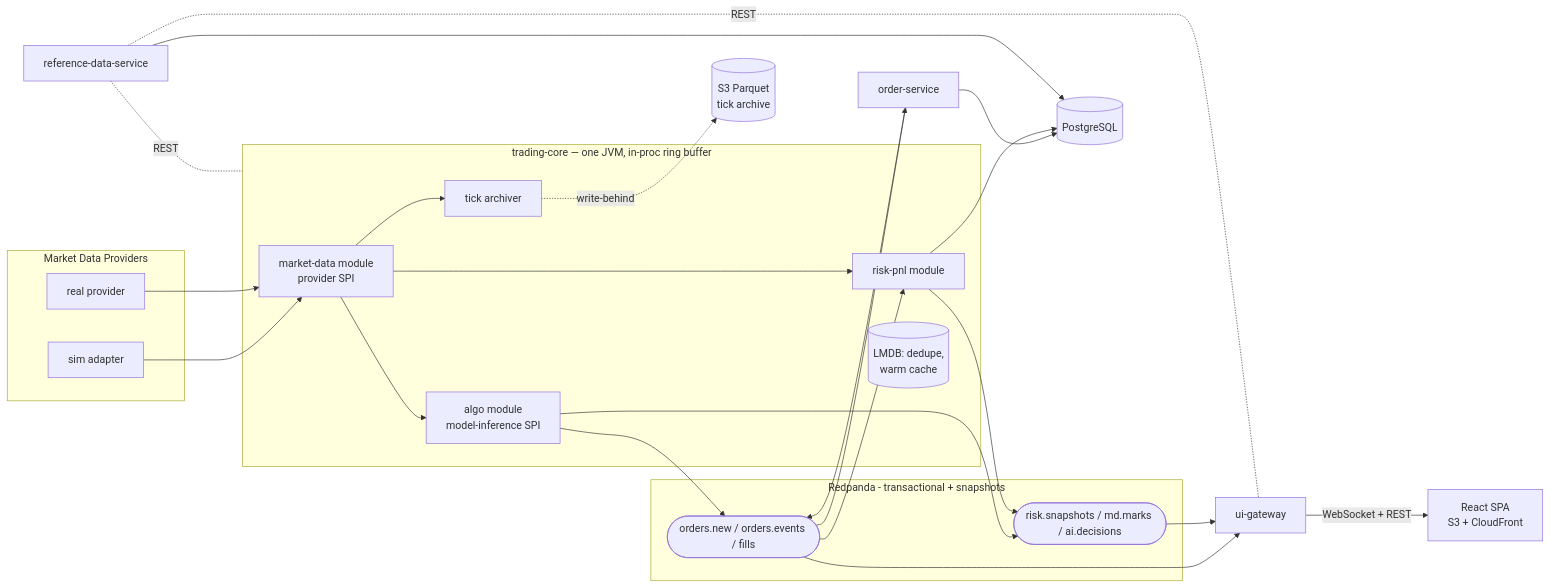
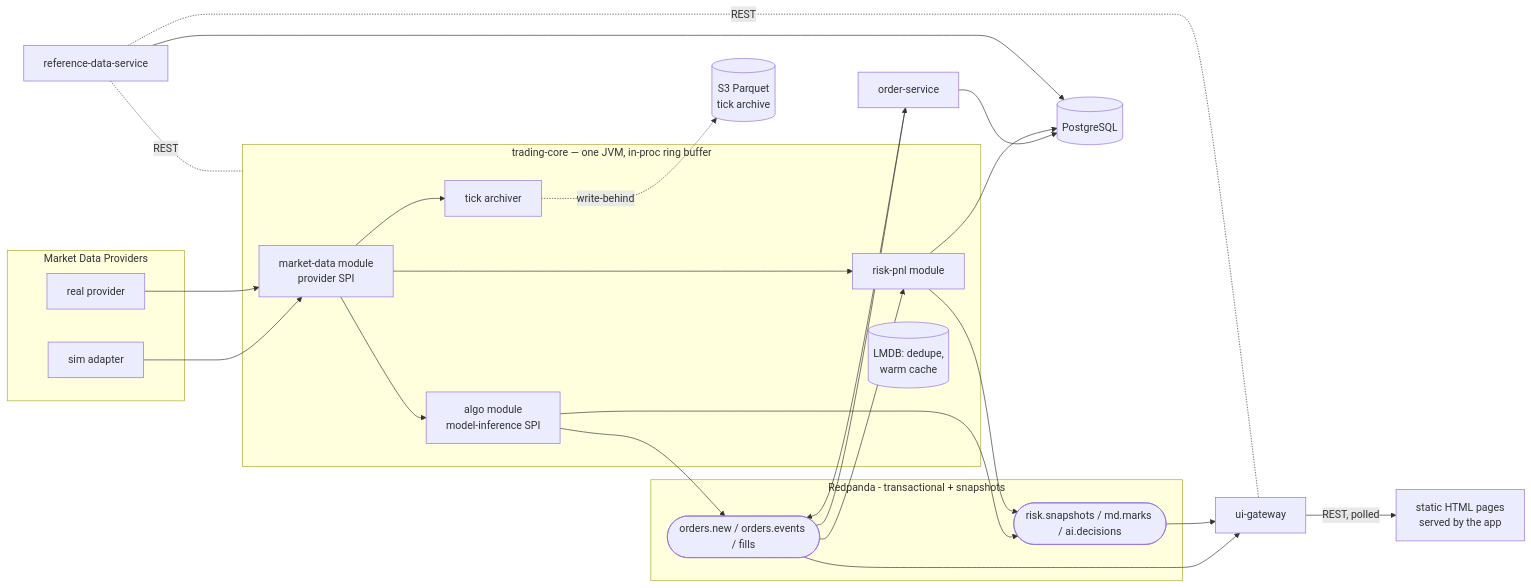
Before and after one commit to teoleg/jethro: the diagram in docs/architecture/overview.md, drawn with Mermaid. The commit also changed other lines of this file and 4 other files, not shown here.

First line of the commit message:
ADR-0028: UI stays static pages, React deferred (supersedes ADR-0006)

````diff
--- a/docs/architecture/overview.md
+++ b/docs/architecture/overview.md
@@ -22,49 +22,49 @@
 ```mermaid
 flowchart LR
     subgraph ext[Market Data Providers]
         P1[sim adapter]
         P2[real provider]
     end
 
     subgraph core[trading-core — one JVM, in-proc ring buffer]
         MDG[market-data module<br/>provider SPI]
         ALGO[algo module<br/>model-inference SPI]
         RISK[risk-pnl module]
         ARCH[tick archiver]
         LMDB[(LMDB: dedupe,<br/>warm cache)]
     end
 
     P1 --> MDG
     P2 --> MDG
     MDG --> ALGO
     MDG --> RISK
     MDG --> ARCH
 
     S3[(S3 Parquet<br/>tick archive)]
     ARCH -. write-behind .-> S3
 
     subgraph log[Redpanda - transactional + snapshots]
         T2([orders.new / orders.events / fills])
         T3([risk.snapshots / md.marks / ai.decisions])
     end
 
     ALGO --> T2
     T2 --> ORD[order-service]
     ORD --> T2
     T2 --> RISK
     ALGO --> T3
     RISK --> T3
 
     REF[reference-data-service] -.REST.- core
 
     T2 --> UIG[ui-gateway]
     T3 --> UIG
     REF -.REST.- UIG
 
     PG[(PostgreSQL)]
     ORD --> PG
     RISK --> PG
     REF --> PG
 
-    UIG -- WebSocket + REST --> SPA[React SPA<br/>S3 + CloudFront]
+    UIG -- REST, polled --> SPA[static HTML pages<br/>served by the app]
 ```
````
